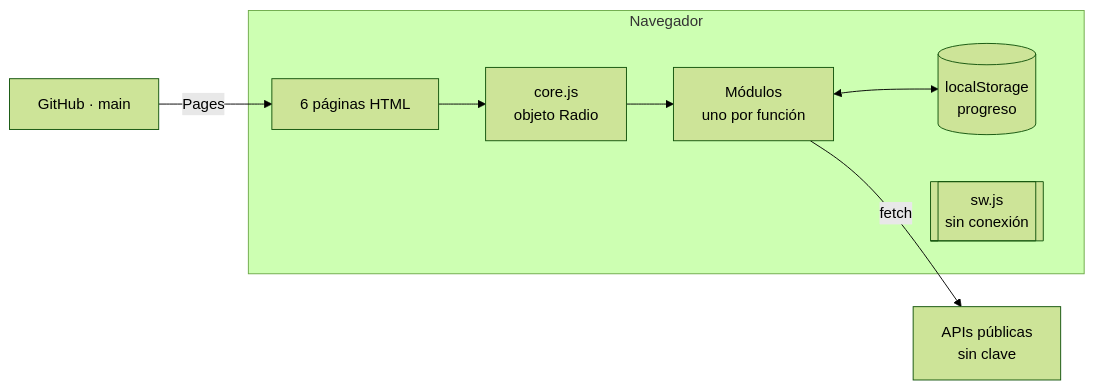
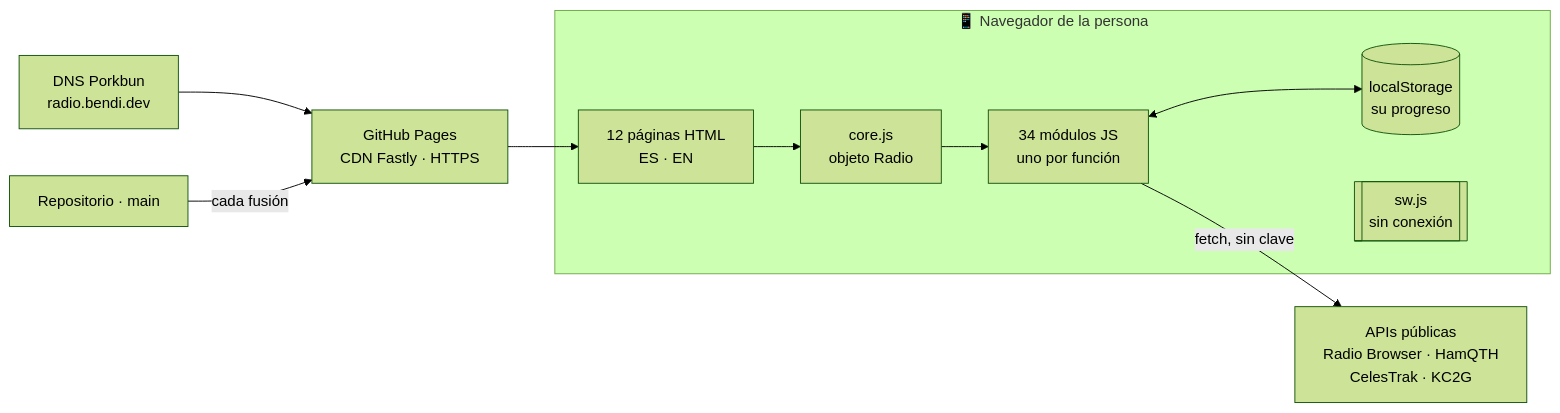
The first of 2 diagrams in README.md (serbenda/radio), drawn with Mermaid (forest theme) before and after one commit. The commit also changed other lines of this file and 29 other files, not shown here.

````diff
--- a/README.md
+++ b/README.md
@@ -56,11 +92,13 @@
 ```mermaid
 flowchart LR
-  subgraph Navegador
-    H[6 páginas HTML] --> C[core.js<br/>objeto Radio]
-    C --> M[Módulos<br/>uno por función]
-    M <--> L[(localStorage<br/>progreso)]
+  subgraph Persona["📱 Navegador de la persona"]
+    H[12 páginas HTML<br/>ES · EN] --> C[core.js<br/>objeto Radio]
+    C --> M[34 módulos JS<br/>uno por función]
+    M <--> L[(localStorage<br/>su progreso)]
     S[[sw.js<br/>sin conexión]]
   end
-  M -- fetch --> X[APIs públicas<br/>sin clave]
-  G[GitHub · main] -- Pages --> H
+  M -- fetch, sin clave --> X[APIs públicas<br/>Radio Browser · HamQTH<br/>CelesTrak · KC2G]
+  DNS[DNS Porkbun<br/>radio.bendi.dev] --> P[GitHub Pages<br/>CDN Fastly · HTTPS]
+  P --> H
+  G[Repositorio · main] -- cada fusión --> P
 ```
````
